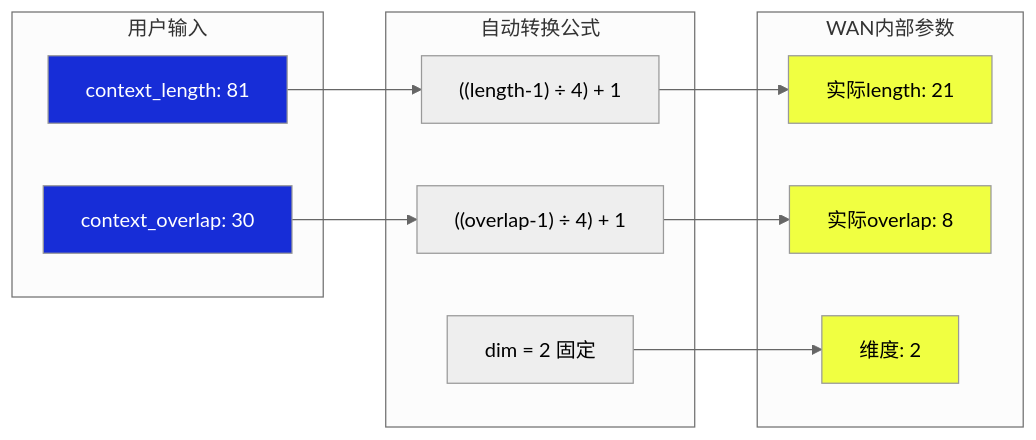
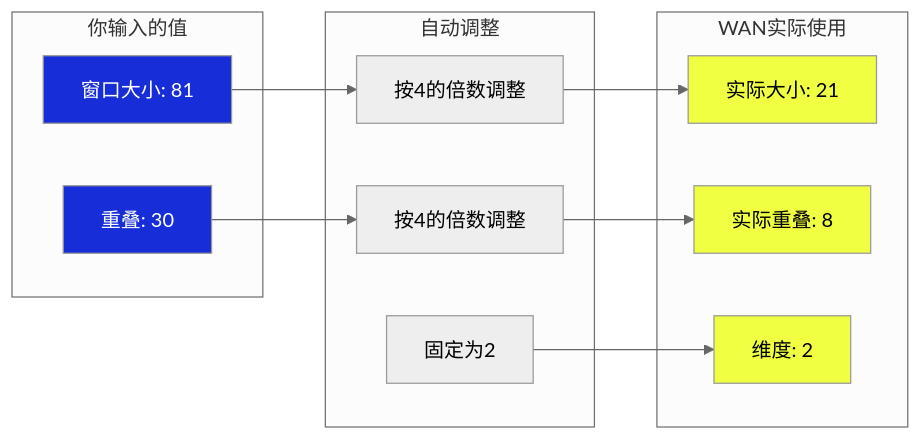
The second of 3 diagrams in zh-CN/built-in-nodes/WanContextWindowsManualNode.mdx (Comfy-Org/docs), drawn with Mermaid (neutral theme) before and after one commit. The commit also changed other lines of this file and 3 other files, not shown here.

````diff
--- a/zh-CN/built-in-nodes/WanContextWindowsManualNode.mdx
+++ b/zh-CN/built-in-nodes/WanContextWindowsManualNode.mdx
@@ -105,29 +80,29 @@
 ```mermaid
 graph LR
-    subgraph 用户输入
-        A1[context_length: 81]
-        A2[context_overlap: 30]
+    subgraph 你输入的值
+        A1[窗口大小: 81]
+        A2[重叠: 30]
     end
     
-    subgraph 自动转换公式
-        B1["((length-1) ÷ 4) + 1"]
-        B2["((overlap-1) ÷ 4) + 1"]
-        B3[dim = 2 固定]
+    subgraph 自动调整
+        B1[按4的倍数调整]
+        B2[按4的倍数调整]
+        B3[固定为2]
     end
     
-    subgraph WAN内部参数
-        C1[实际length: 21]
-        C2[实际overlap: 8]
+    subgraph WAN实际使用
+        C1[实际大小: 21]
+        C2[实际重叠: 8]
         C3[维度: 2]
     end
     
     A1 --> B1 --> C1
     A2 --> B2 --> C2
     B3 --> C3
     
     style A1 fill:#172DD7,color:#ffffff
     style A2 fill:#172DD7,color:#ffffff
     style C1 fill:#F0FF41,color:#000000
     style C2 fill:#F0FF41,color:#000000
     style C3 fill:#F0FF41,color:#000000
 ```
````
